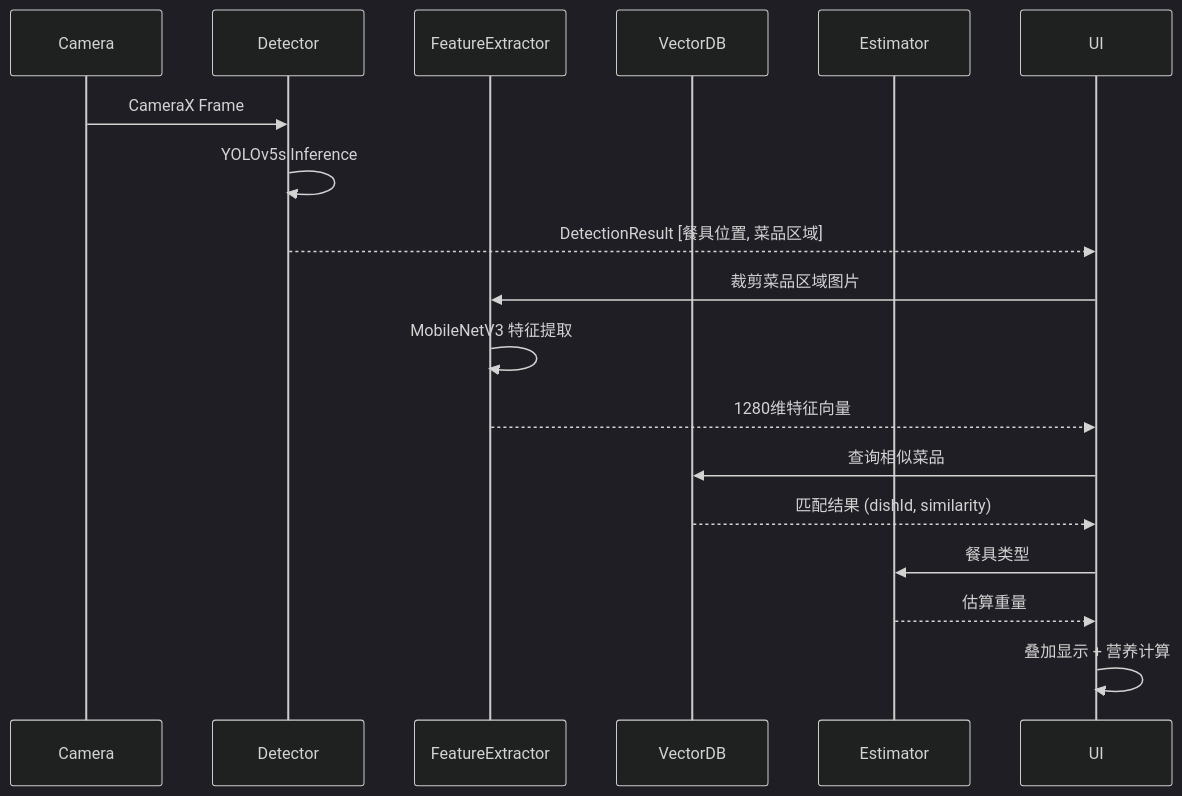
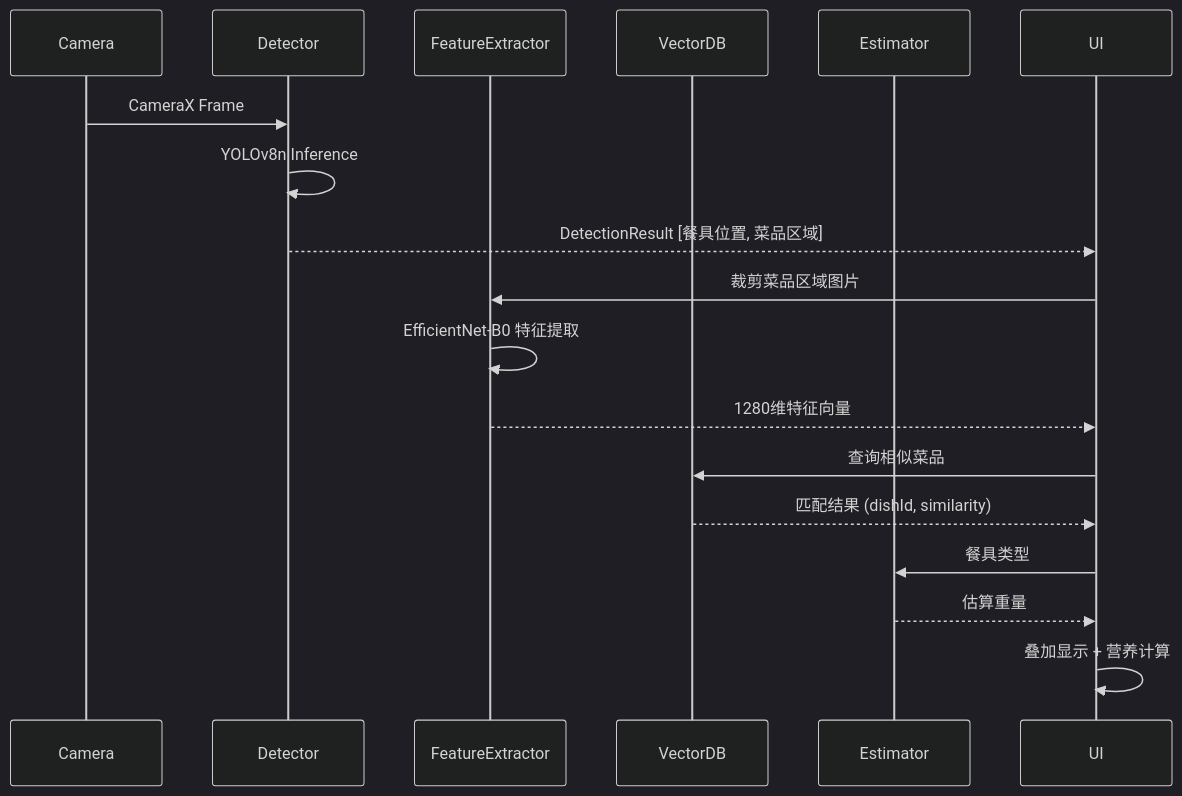
One commit to zweiandlen/dishscan changed the second of 3 diagrams in .monkeycode/specs/2026-04-09-dish-recognition/design.md. Above: the diagram before and after it, drawn with Mermaid (dark theme). The commit also changed other lines of this file and 2 other files, not shown here.

First line of the commit message:
feat: upgrade to YOLOv8n and EfficientNet-B0

````diff
--- a/.monkeycode/specs/2026-04-09-dish-recognition/design.md
+++ b/.monkeycode/specs/2026-04-09-dish-recognition/design.md
@@ -229,25 +232,25 @@
 ```mermaid
 sequenceDiagram
     participant Camera
     participant Detector
     participant FeatureExtractor
     participant VectorDB
     participant Estimator
     participant UI
 
     Camera->>Detector: CameraX Frame
-    Detector->>Detector: YOLOv5s Inference
+    Detector->>Detector: YOLOv8n Inference
     Detector-->>UI: DetectionResult [餐具位置, 菜品区域]
 
     UI->>FeatureExtractor: 裁剪菜品区域图片
-    FeatureExtractor->>FeatureExtractor: MobileNetV3 特征提取
+    FeatureExtractor->>FeatureExtractor: EfficientNet-B0 特征提取
     FeatureExtractor-->>UI: 1280维特征向量
 
     UI->>VectorDB: 查询相似菜品
     VectorDB-->>UI: 匹配结果 (dishId, similarity)
 
     UI->>Estimator: 餐具类型
     Estimator-->>UI: 估算重量
 
     UI->>UI: 叠加显示 + 营养计算
 ```
````
